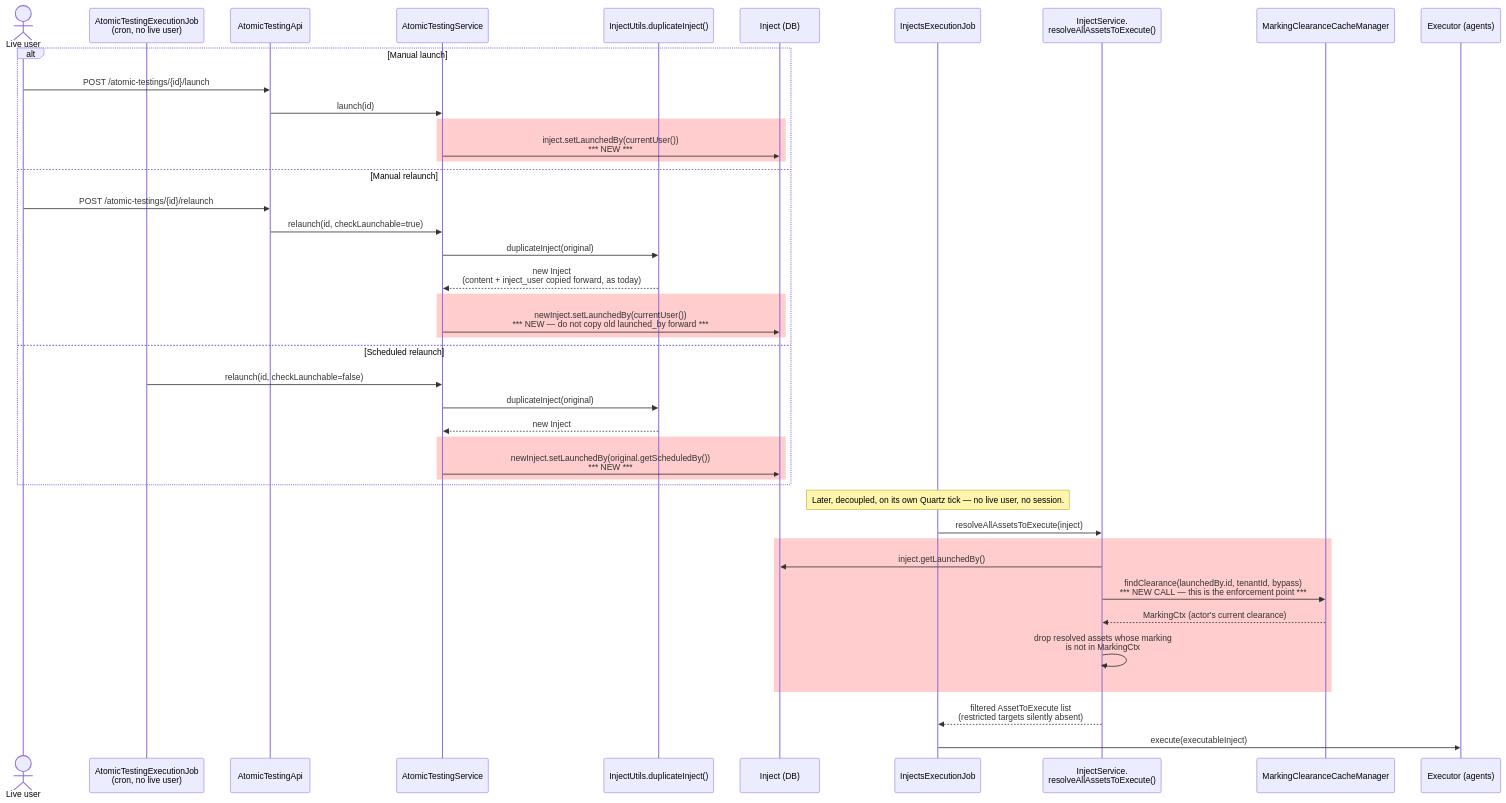
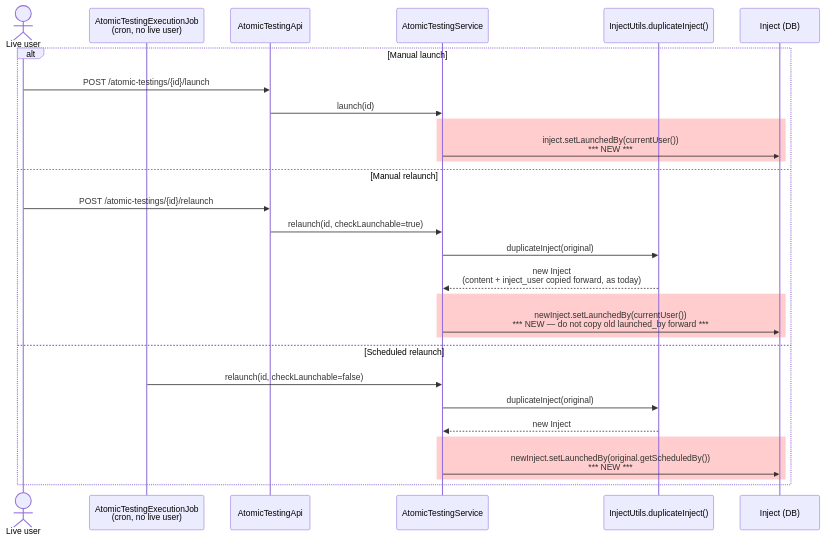
One commit to OpenAEV-Platform/openaev changed the third of 8 diagrams in brainstorming/marking/task4/tech-design.md. Above: the diagram before and after it, drawn with Mermaid. The commit also changed other lines of this file and 18 other files, not shown here.

````diff
--- a/brainstorming/marking/task4/tech-design.md
+++ b/brainstorming/marking/task4/tech-design.md
@@ -265,47 +265,32 @@
 ```mermaid
 sequenceDiagram
     actor U as Live user
     participant SCHED as AtomicTestingExecutionJob<br/>(cron, no live user)
     participant API as AtomicTestingApi
     participant SVC as AtomicTestingService
     participant DUP as InjectUtils.duplicateInject()
     participant INJ as Inject (DB)
-    participant EXECJOB as InjectsExecutionJob
-    participant ISVC as InjectService.<br/>resolveAllAssetsToExecute()
-    participant CACHE as MarkingClearanceCacheManager
-    participant EXEC as Executor (agents)
 
     alt Manual launch
         U->>API: POST /atomic-testings/{id}/launch
         API->>SVC: launch(id)
         rect rgb(255, 205, 205)
             SVC->>INJ: inject.setLaunchedBy(currentUser())<br/>*** NEW ***
         end
     else Manual relaunch
         U->>API: POST /atomic-testings/{id}/relaunch
         API->>SVC: relaunch(id, checkLaunchable=true)
         SVC->>DUP: duplicateInject(original)
         DUP-->>SVC: new Inject<br/>(content + inject_user copied forward, as today)
         rect rgb(255, 205, 205)
             SVC->>INJ: newInject.setLaunchedBy(currentUser())<br/>*** NEW — do not copy old launched_by forward ***
         end
     else Scheduled relaunch
         SCHED->>SVC: relaunch(id, checkLaunchable=false)
         SVC->>DUP: duplicateInject(original)
         DUP-->>SVC: new Inject
         rect rgb(255, 205, 205)
             SVC->>INJ: newInject.setLaunchedBy(original.getScheduledBy())<br/>*** NEW ***
         end
     end
-
-    Note over EXECJOB: Later, decoupled, on its own Quartz tick — no live user, no session.
-    EXECJOB->>ISVC: resolveAllAssetsToExecute(inject)
-    rect rgb(255, 205, 205)
-        ISVC->>INJ: inject.getLaunchedBy()
-        ISVC->>CACHE: findClearance(launchedBy.id, tenantId, bypass)<br/>*** NEW CALL — this is the enforcement point ***
-        CACHE-->>ISVC: MarkingCtx (actor's current clearance)
-        ISVC->>ISVC: drop resolved assets whose marking<br/>is not in MarkingCtx
-    end
-    ISVC-->>EXECJOB: filtered AssetToExecute list<br/>(restricted targets silently absent)
-    EXECJOB->>EXEC: execute(executableInject)
 ```
````
